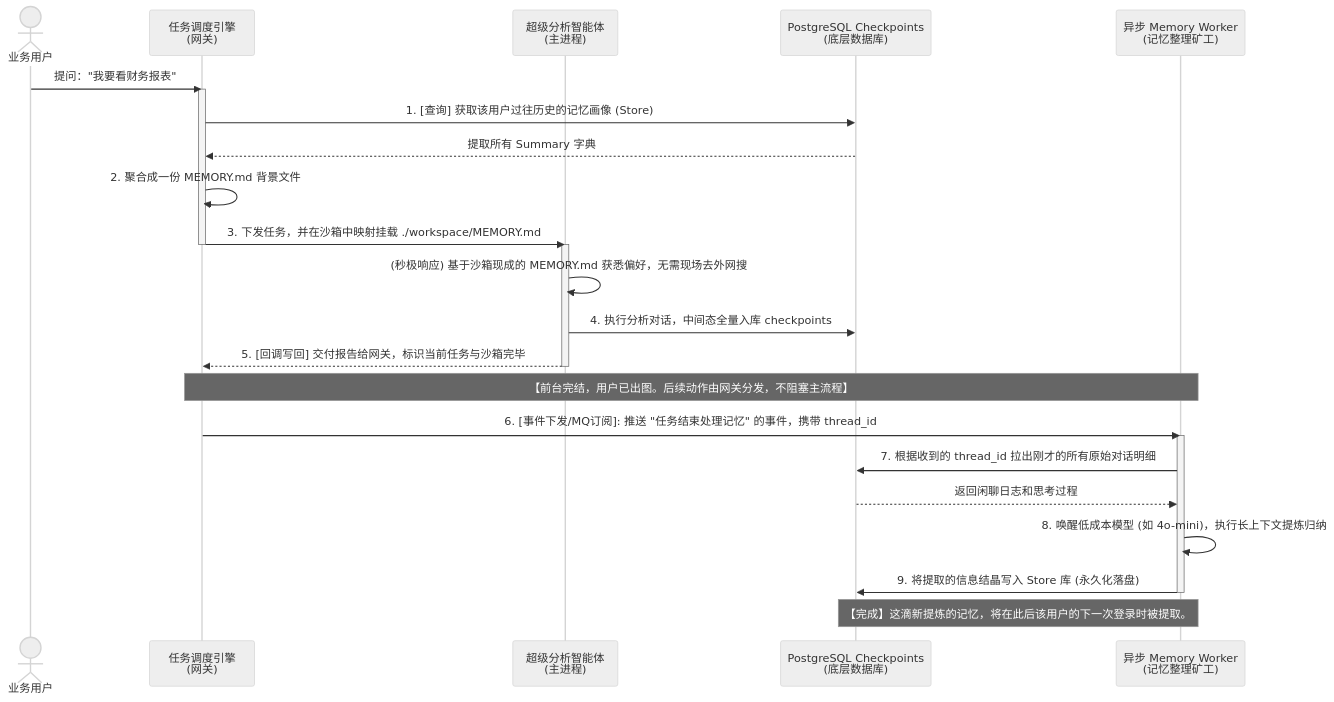
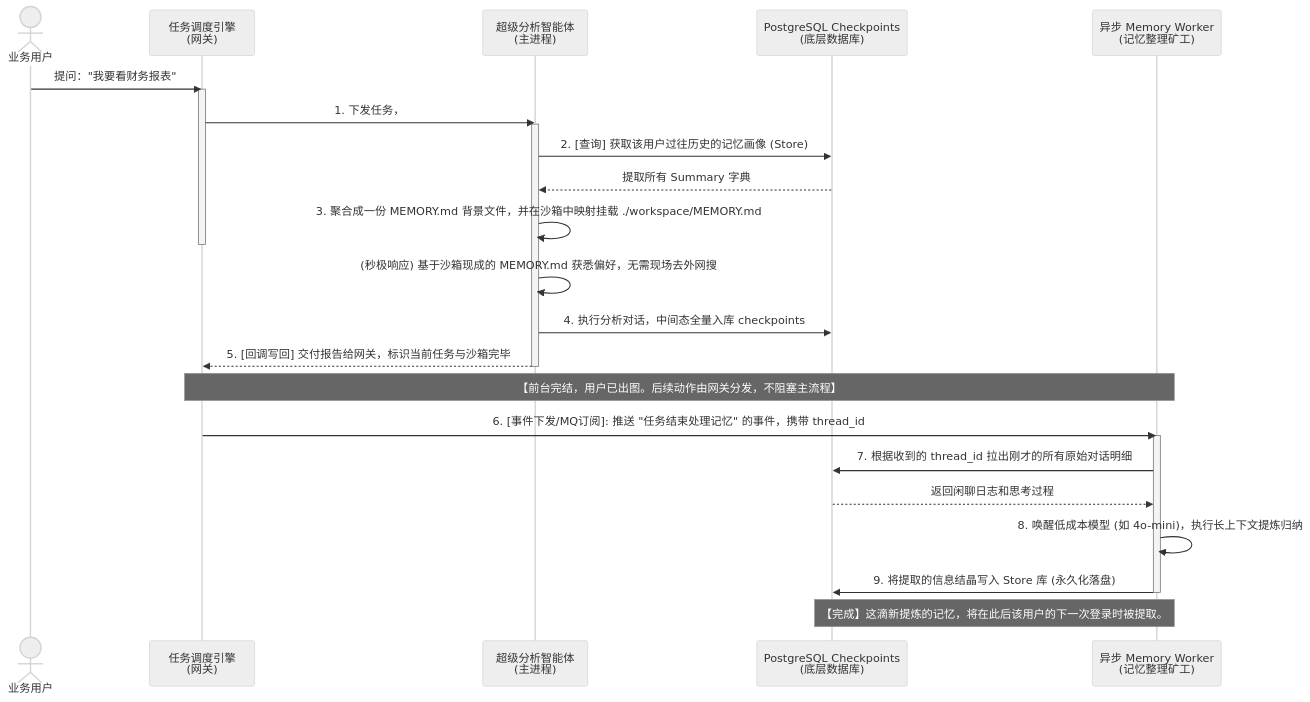
One commit to beyonai/ByDC changed the fifth of 9 diagrams in doc/超级数据分析智能体_模块设计/超级分析智能体_模块设计.md. Above: the diagram before and after it, drawn with Mermaid (neutral theme). The commit also changed other lines of this file, not shown here.

````diff
--- a/doc/超级数据分析智能体_模块设计/超级分析智能体_模块设计.md
+++ b/doc/超级数据分析智能体_模块设计/超级分析智能体_模块设计.md
@@ -679,34 +667,35 @@
 ```mermaid
 sequenceDiagram
     actor User as 业务用户
     participant API as 任务调度引擎<br/>(网关)
     participant Agent as 超级分析智能体<br/>(主进程)
     participant PG as PostgreSQL Checkpoints<br/>(底层数据库)
     participant Worker as 异步 Memory Worker<br/>(记忆整理矿工)
     
     %% 第一阶段：启动与记忆挂载
     User->>API: 提问："我要看财务报表"
     activate API
-    API->>PG: 1. [查询] 获取该用户过往历史的记忆画像 (Store)
-    PG-->>API: 提取所有 Summary 字典
-    API->>API: 2. 聚合成一份 MEMORY.md 背景文件
-    API->>Agent: 3. 下发任务，并在沙箱中映射挂载 ./workspace/MEMORY.md
+    
+    API->>Agent: 1. 下发任务，
+    activate Agent
+    Agent->>PG: 2. [查询] 获取该用户过往历史的记忆画像 (Store)
+    PG-->>Agent: 提取所有 Summary 字典
+    Agent->>Agent: 3. 聚合成一份 MEMORY.md 背景文件，并在沙箱中映射挂载 ./workspace/MEMORY.md
     deactivate API
     
-    activate Agent
     Agent->>Agent: (秒极响应) 基于沙箱现成的 MEMORY.md 获悉偏好，无需现场去外网搜
     Agent->>PG: 4. 执行分析对话，中间态全量入库 checkpoints
     Agent-->>API: 5. [回调写回] 交付报告给网关，标识当前任务与沙箱完毕
     deactivate Agent
     
     %% 第二阶段：异步守护者提纯记忆
     note over API, Worker: 【前台完结，用户已出图。后续动作由网关分发，不阻塞主流程】
     API->>Worker: 6. [事件下发/MQ订阅]: 推送 "任务结束处理记忆" 的事件，携带 thread_id
     activate Worker
     Worker->>PG: 7. 根据收到的 thread_id 拉出刚才的所有原始对话明细
     PG-->>Worker: 返回闲聊日志和思考过程
     Worker->>Worker: 8. 唤醒低成本模型 (如 4o-mini)，执行长上下文提炼归纳
     Worker->>PG: 9. 将提取的信息结晶写入 Store 库 (永久化落盘)
     deactivate Worker
     note over Worker, PG: 【完成】这滴新提炼的记忆，将在此后该用户的下一次登录时被提取。
 ```
````
